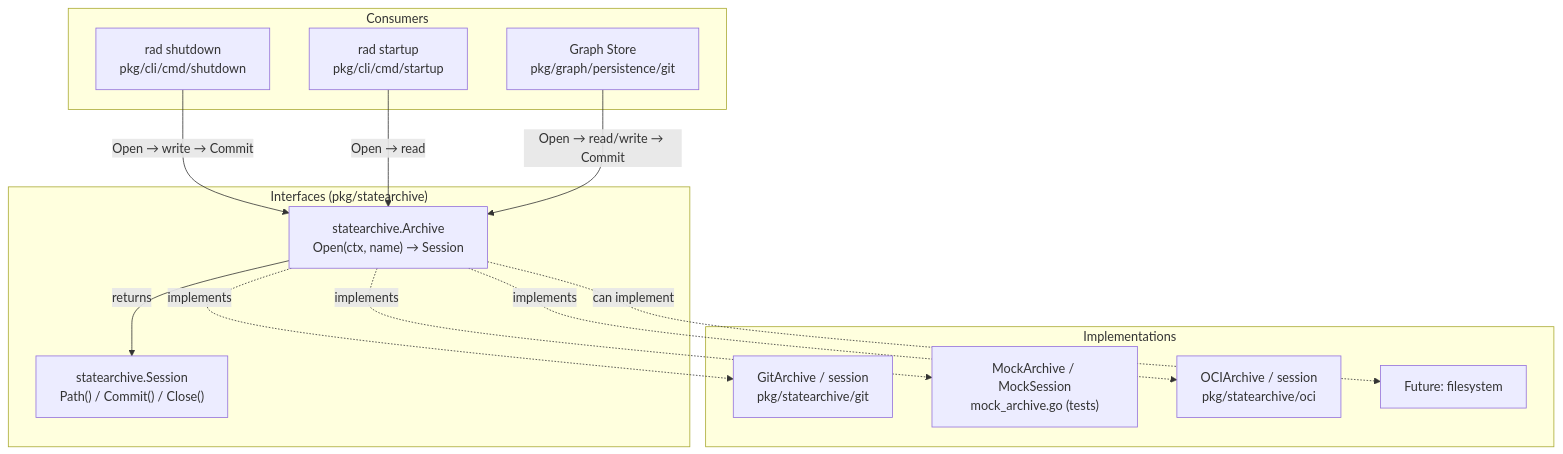
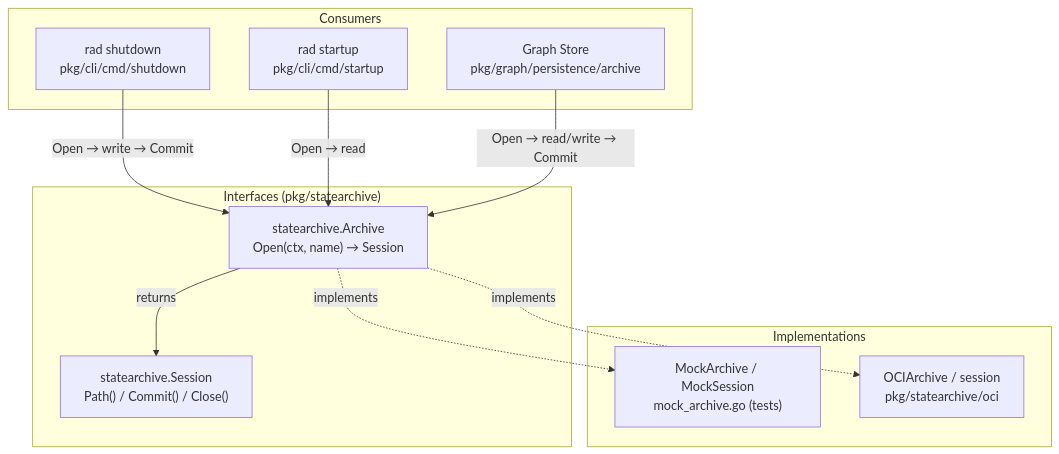
The first of 3 diagrams in docs/architecture/state-archive.md (radius-project/radius), drawn with Mermaid before and after one commit. The commit also changed other lines of this file and 28 other files, not shown here.

First line of the commit message:
Remove Git state archive backend in favor of OCI

````diff
--- a/docs/architecture/state-archive.md
+++ b/docs/architecture/state-archive.md
@@ -17,31 +11,27 @@
 ```mermaid
 graph TD
     subgraph "Consumers"
         Shutdown["rad shutdown<br/>pkg/cli/cmd/shutdown"]
         Startup["rad startup<br/>pkg/cli/cmd/startup"]
-        GraphStore["Graph Store<br/>pkg/graph/persistence/git"]
+        GraphStore["Graph Store<br/>pkg/graph/persistence/archive"]
     end
 
     subgraph "Interfaces (pkg/statearchive)"
         Archive["statearchive.Archive<br/>Open(ctx, name) → Session"]
         Session["statearchive.Session<br/>Path() / Commit() / Close()"]
     end
 
     subgraph "Implementations"
-        GitArchive["GitArchive / session<br/>pkg/statearchive/git"]
         MockArchive["MockArchive / MockSession<br/>mock_archive.go (tests)"]
         OCIArchive["OCIArchive / session<br/>pkg/statearchive/oci"]
-        Future["Future: filesystem"]
     end
 
     Shutdown -->|"Open → write → Commit"| Archive
     Startup -->|"Open → read"| Archive
     GraphStore -->|"Open → read/write → Commit"| Archive
 
     Archive -->|"returns"| Session
 
-    Archive -.->|implements| GitArchive
     Archive -.->|implements| OCIArchive
     Archive -.->|implements| MockArchive
-    Archive -.->|"can implement"| Future
 ```
````
